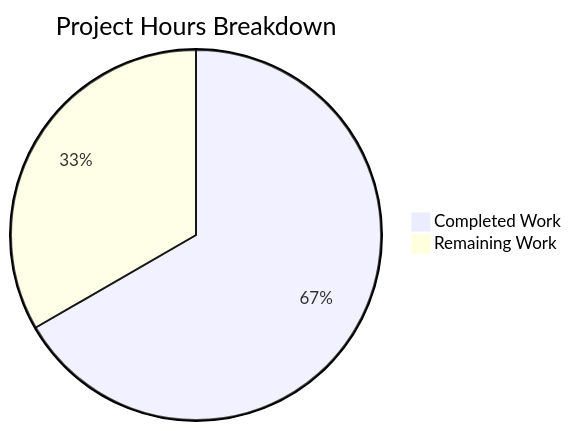
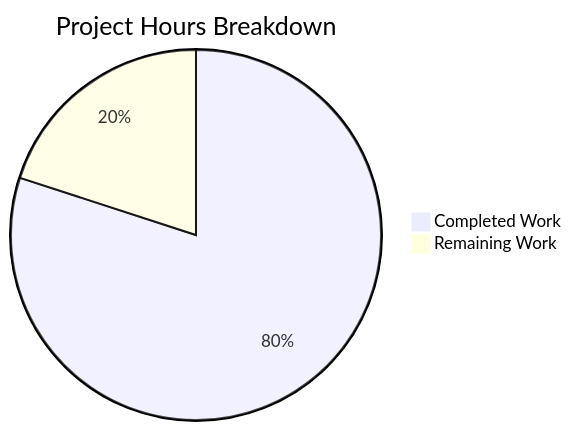
One commit to Sandeep01Kumar/Repo-for-qa-refine-test-12-feb changed the diagram in blitzy/documentation/Project Guide.md. Above: the diagram before and after it, drawn with Mermaid. The commit also changed other lines of this file, not shown here.

Commit message:
Adding Blitzy Project Guide: Project Status and Human Tasks Remaining

````diff
--- a/blitzy/documentation/Project Guide.md
+++ b/blitzy/documentation/Project Guide.md
@@ -103,5 +102,5 @@
 ```mermaid
 pie title Project Hours Breakdown
     "Completed Work" : 4
-    "Remaining Work" : 2
+    "Remaining Work" : 1
 ```
````
